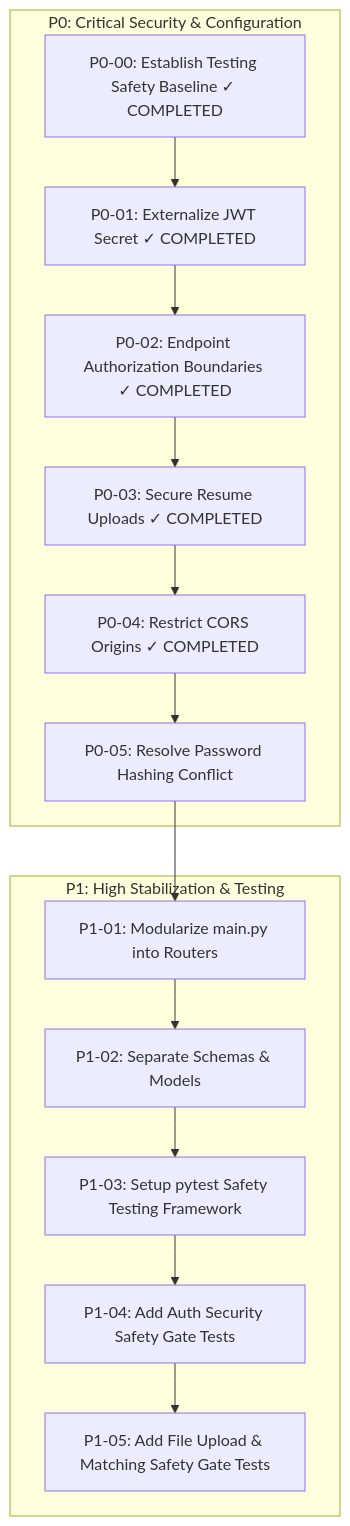
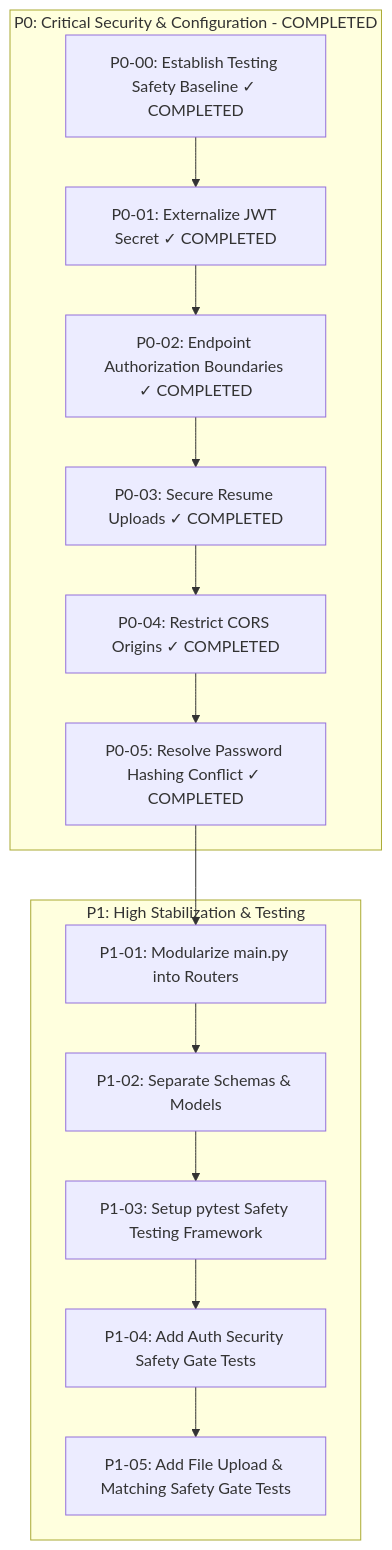
One commit to AlvinMutie/Job-seer changed the diagram in docs/ROADMAP.md. Above: the diagram before and after it, drawn with Mermaid. The commit also changed other lines of this file and 7 other files, not shown here.

````diff
--- a/docs/ROADMAP.md
+++ b/docs/ROADMAP.md
@@ -9,21 +9,21 @@
 ```mermaid
 flowchart TD
-    subgraph P0 [P0: Critical Security & Configuration]
+    subgraph P0 [P0: Critical Security & Configuration - COMPLETED]
         P0-00[P0-00: Establish Testing Safety Baseline ✓ COMPLETED]
         P0-01[P0-01: Externalize JWT Secret ✓ COMPLETED]
         P0-02[P0-02: Endpoint Authorization Boundaries ✓ COMPLETED]
         P0-03[P0-03: Secure Resume Uploads ✓ COMPLETED]
         P0-04[P0-04: Restrict CORS Origins ✓ COMPLETED]
-        P0-05[P0-05: Resolve Password Hashing Conflict]
+        P0-05[P0-05: Resolve Password Hashing Conflict ✓ COMPLETED]
     end
 
     subgraph P1 [P1: High Stabilization & Testing]
         P1-01[P1-01: Modularize main.py into Routers]
         P1-02[P1-02: Separate Schemas & Models]
         P1-03[P1-03: Setup pytest Safety Testing Framework]
         P1-04[P1-04: Add Auth Security Safety Gate Tests]
         P1-05[P1-05: Add File Upload & Matching Safety Gate Tests]
     end
 
     P0-00 --> P0-01 --> P0-02 --> P0-03 --> P0-04 --> P0-05 --> P1-01 --> P1-02 --> P1-03 --> P1-04 --> P1-05
 ```
````
